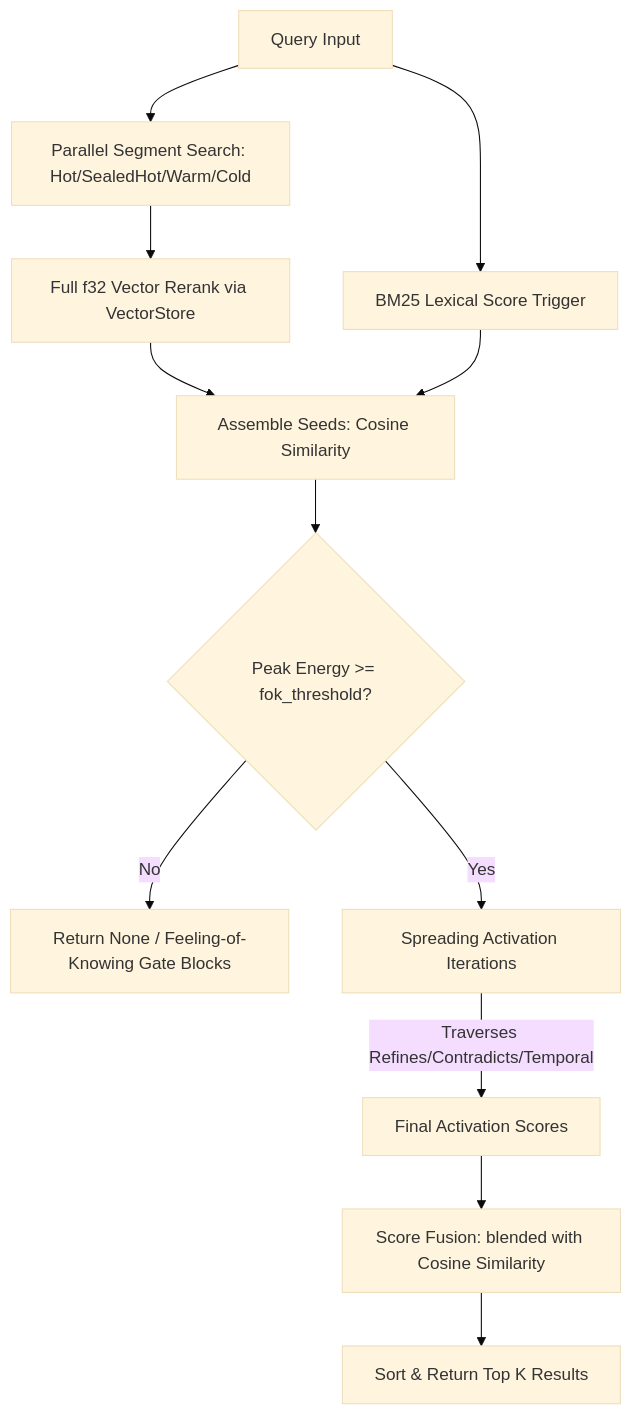
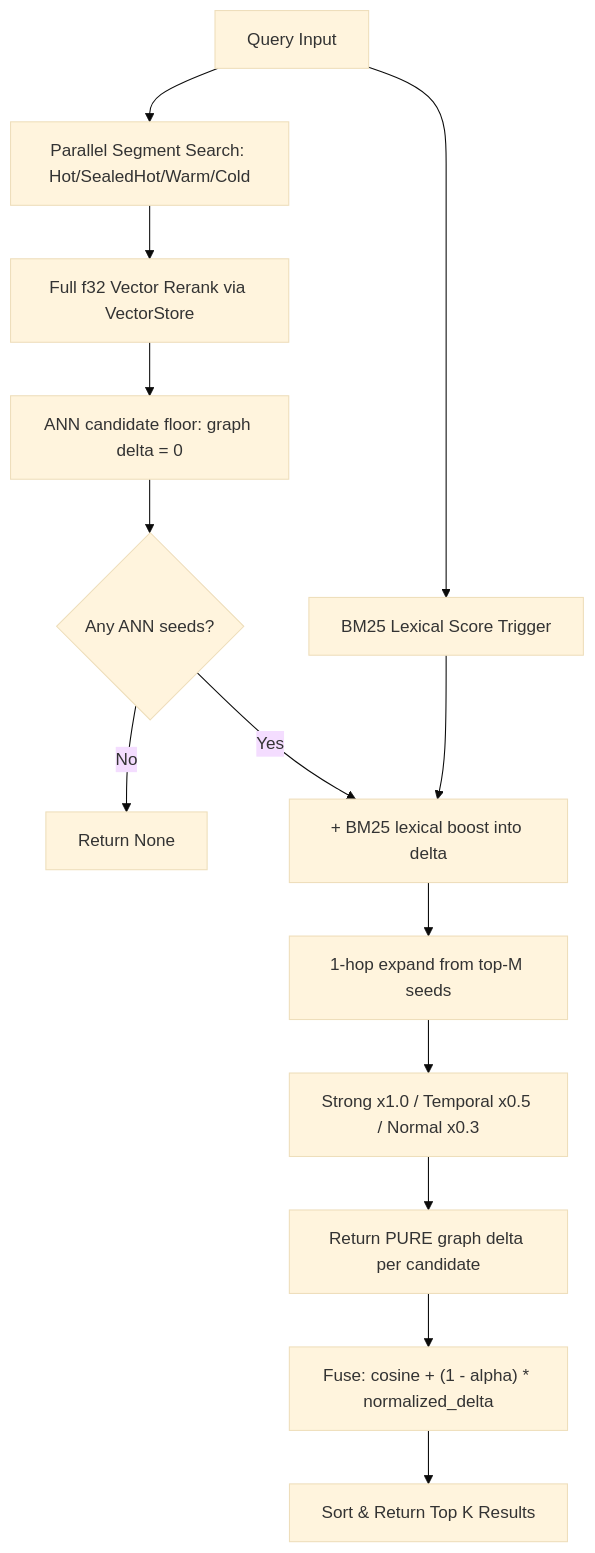
The fourth of 6 diagrams in docs/architecture.md (jatin711-debug/TurboSupermemory), drawn with Mermaid (base theme) before and after one commit. The commit also changed other lines of this file and 18 other files, not shown here.

````diff
--- a/docs/architecture.md
+++ b/docs/architecture.md
@@ -103,14 +106,16 @@
 ```mermaid
 flowchart TD
     Q["Query Input"] --> ANN["Parallel Segment Search: Hot/SealedHot/Warm/Cold"]
     ANN --> Rerank["Full f32 Vector Rerank via VectorStore"]
+    Rerank --> Floor["ANN candidate floor: graph delta = 0"]
     Q --> BM25["BM25 Lexical Score Trigger"]
-    Rerank --> GraphTrigger["Assemble Seeds: Cosine Similarity"]
-    BM25 --> GraphTrigger
-    GraphTrigger --> FOK{"Peak Energy >= fok_threshold?"}
-    FOK -- "No" --> ReturnNone["Return None / Feeling-of-Knowing Gate Blocks"]
-    FOK -- "Yes" --> Spreading["Spreading Activation Iterations"]
-    Spreading -- "Traverses Refines/Contradicts/Temporal" --> FinalEnergy["Final Activation Scores"]
-    FinalEnergy --> Fusion["Score Fusion: blended with Cosine Similarity"]
+    Floor --> Empty{"Any ANN seeds?"}
+    Empty -- "No" --> ReturnNone["Return None"]
+    Empty -- "Yes" --> Lexical["+ BM25 lexical boost into delta"]
+    BM25 --> Lexical
+    Lexical --> Expand["1-hop expand from top-M seeds"]
+    Expand --> Pools["Strong x1.0 / Temporal x0.5 / Normal x0.3"]
+    Pools --> Delta["Return PURE graph delta per candidate"]
+    Delta --> Fusion["Fuse: cosine + (1 - alpha) * normalized_delta"]
     Fusion --> Sort["Sort & Return Top K Results"]
 ```
````
